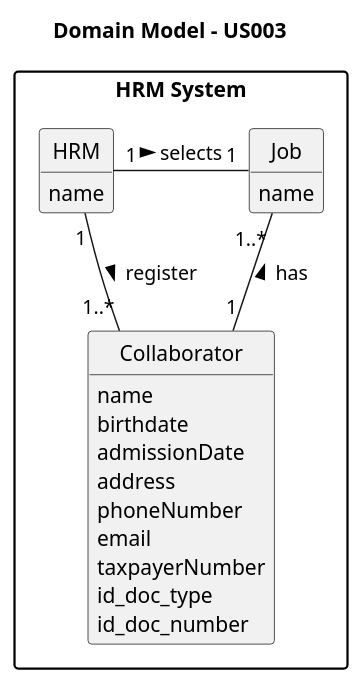
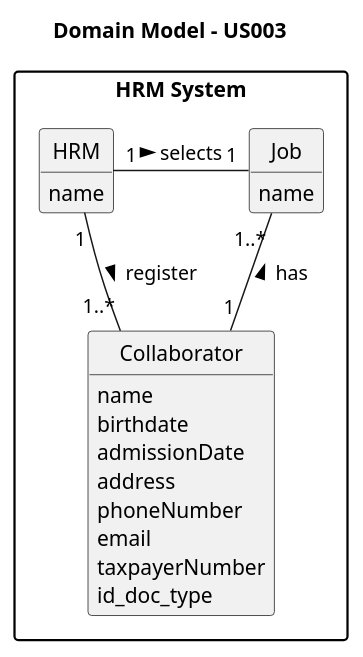
Before and after one commit to SAEmanuel/Green_Spaces_Management_ISEP: the diagram in docs/sprintC/us003/02.analysis/puml/us003-domain-model.puml, drawn with PlantUML. The commit also changed 11 other files, not shown here.

```diff
--- a/docs/sprintC/us003/02.analysis/puml/us003-domain-model.puml
+++ b/docs/sprintC/us003/02.analysis/puml/us003-domain-model.puml
@@ -1,42 +1,42 @@
 @startuml
 skinparam monochrome true
 skinparam packageStyle rectangle
 skinparam shadowing false
 
 skinparam classAttributeIconSize 0
 
 hide circle
 hide methods
 
 title Domain Model - US003
 
 package "HRM System" {
 
     class Collaborator {
         name
         birthdate
         admissionDate
         address
         phoneNumber
         email
         taxpayerNumber
         id_doc_type
-        id_doc_number
+
     }
 
     class Job {
         name
     }
 
     class HRM {
         name
     }
 
     HRM "1" - "1..*" Collaborator : register >
     HRM "1" - "1" Job : selects >
     Job "1..*" -- "1" Collaborator : has <
 
 
 }
 
 @enduml
```
